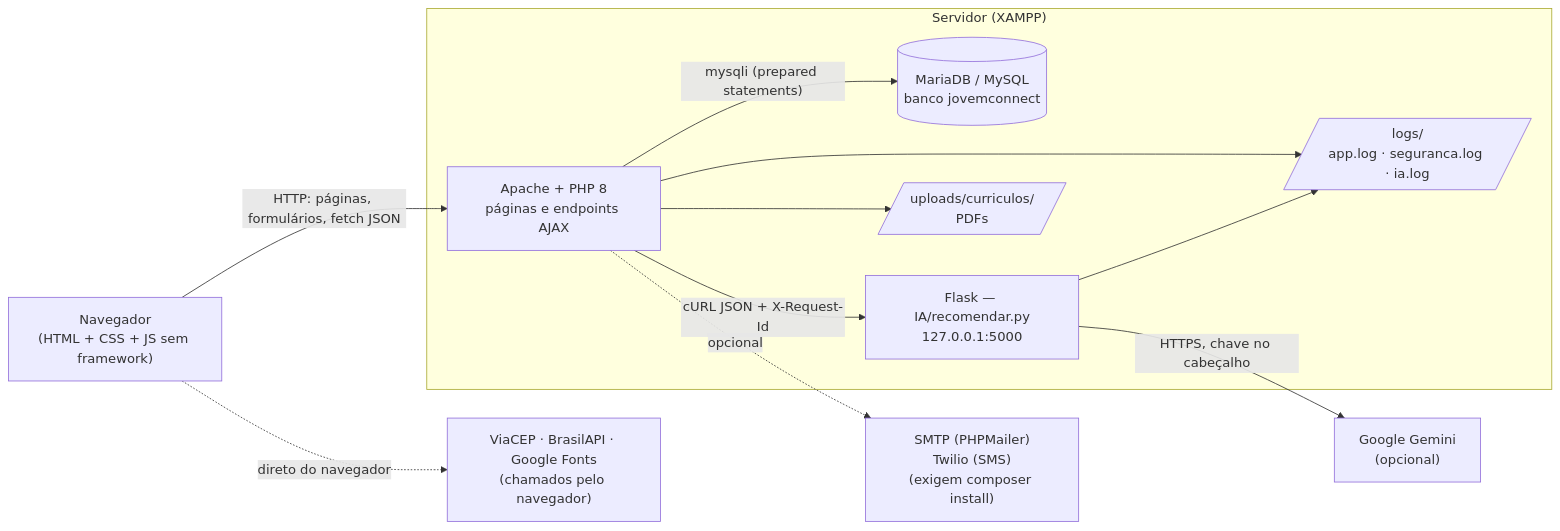
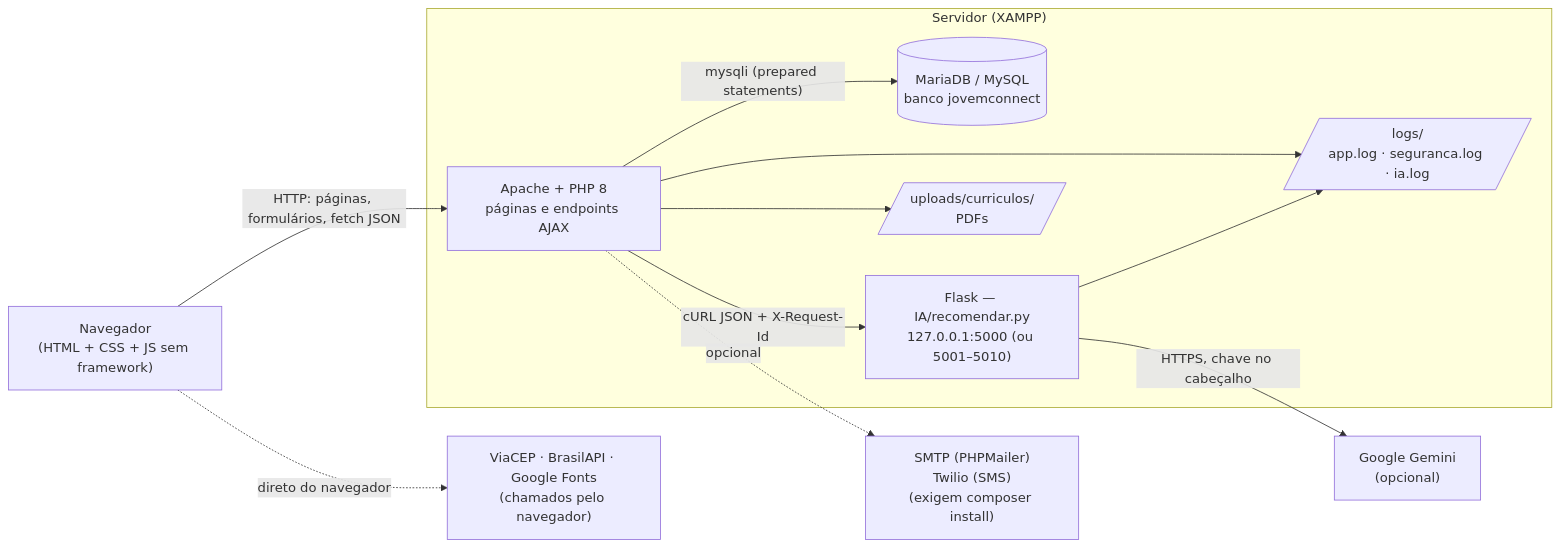
One commit to KingTedious/AESTUS changed the first of 4 diagrams in docs/ARQUITETURA.md. Above: the diagram before and after it, drawn with Mermaid. The commit also changed other lines of this file and 15 other files, not shown here.

````diff
--- a/docs/ARQUITETURA.md
+++ b/docs/ARQUITETURA.md
@@ -10,24 +10,24 @@
 ```mermaid
 flowchart LR
     U["Navegador<br/>(HTML + CSS + JS sem framework)"]
     subgraph SRV["Servidor (XAMPP)"]
         A["Apache + PHP 8<br/>páginas e endpoints AJAX"]
         DB[("MariaDB / MySQL<br/>banco jovemconnect")]
-        F["Flask — IA/recomendar.py<br/>127.0.0.1:5000"]
+        F["Flask — IA/recomendar.py<br/>127.0.0.1:5000 (ou 5001–5010)"]
         L[/"logs/<br/>app.log · seguranca.log · ia.log"/]
         UP[/"uploads/curriculos/<br/>PDFs"/]
     end
     G["Google Gemini<br/>(opcional)"]
     EXT["ViaCEP · BrasilAPI · Google Fonts<br/>(chamados pelo navegador)"]
     SMTP["SMTP (PHPMailer)<br/>Twilio (SMS)<br/>(exigem composer install)"]
 
     U -- "HTTP: páginas, formulários, fetch JSON" --> A
     A -- "mysqli (prepared statements)" --> DB
     A -- "cURL JSON + X-Request-Id" --> F
     F -- "HTTPS, chave no cabeçalho" --> G
     A --> L
     F --> L
     A --> UP
     A -. "opcional" .-> SMTP
     U -. "direto do navegador" .-> EXT
 ```
````
